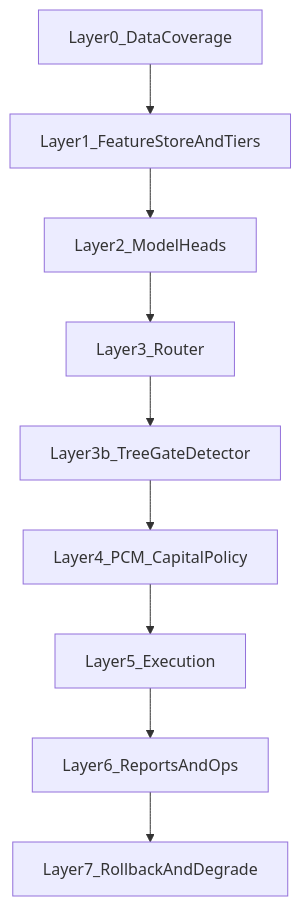
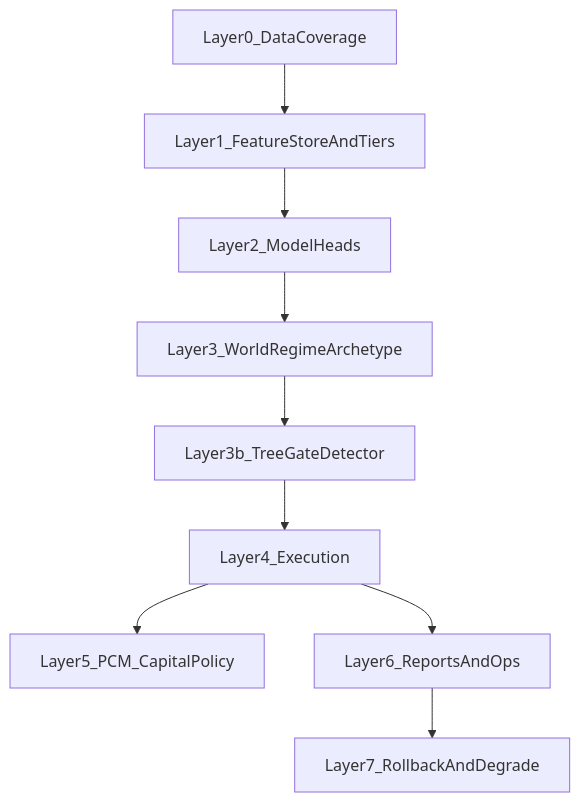
The diagram in docs/architecture/ARCH_UPGRADE_TASKSPEC_CONSTITUTION_V1_CN.md (SnYang096/ml-trading-bot), drawn with Mermaid before and after one commit. The commit also changed other lines of this file and 23 other files, not shown here.

````diff
--- a/docs/architecture/ARCH_UPGRADE_TASKSPEC_CONSTITUTION_V1_CN.md
+++ b/docs/architecture/ARCH_UPGRADE_TASKSPEC_CONSTITUTION_V1_CN.md
@@ -76,11 +76,11 @@
 ```mermaid
 flowchart TD
   dataLayer[Layer0_DataCoverage] --> featureLayer[Layer1_FeatureStoreAndTiers]
   featureLayer --> modelLayer[Layer2_ModelHeads]
-  modelLayer --> routerLayer[Layer3_Router]
+  modelLayer --> routerLayer[Layer3_WorldRegimeArchetype]
   routerLayer --> gateLayer[Layer3b_TreeGateDetector]
-  gateLayer --> pcmLayer[Layer4_PCM_CapitalPolicy]
-  pcmLayer --> execLayer[Layer5_Execution]
+  gateLayer --> execLayer[Layer4_Execution]
+  execLayer --> pcmLayer[Layer5_PCM_CapitalPolicy]
   execLayer --> reportLayer[Layer6_ReportsAndOps]
   reportLayer --> rollbackLayer[Layer7_RollbackAndDegrade]
 ```
````
